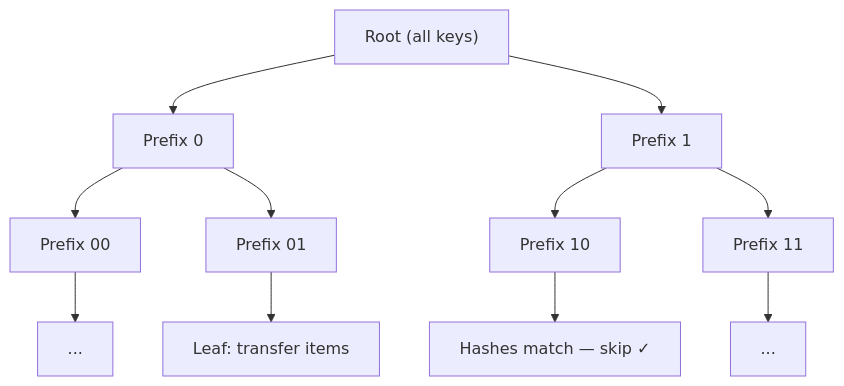
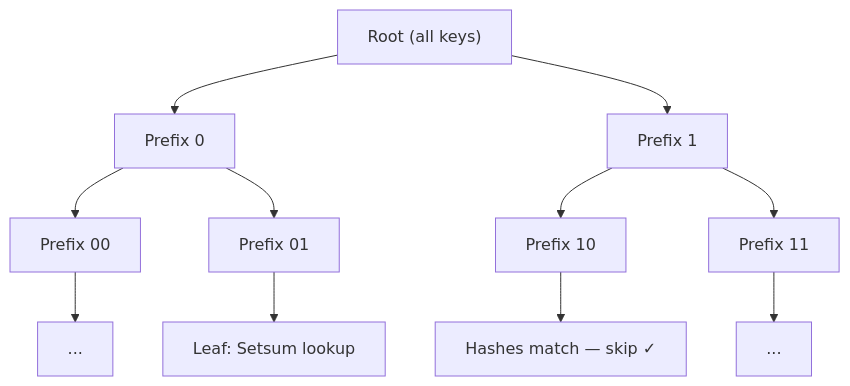
Before and after one commit to arj03/setsum-cs: the third of 7 diagrams in SetSum/Sync/README.md, drawn with Mermaid. The commit also changed other lines of this file, not shown here.

````diff
--- a/SetSum/Sync/README.md
+++ b/SetSum/Sync/README.md
@@ -87,13 +87,13 @@
 ```mermaid
 flowchart TD
     A["Root (all keys)"] --> B["Prefix 0"]
     A --> C["Prefix 1"]
     B --> D["Prefix 00"]
     B --> E["Prefix 01"]
     C --> F["Prefix 10"]
     C --> G["Prefix 11"]
     D --> H["..."]
-    E --> I["Leaf: transfer items"]
+    E --> I["Leaf: Setsum lookup"]
     F --> J["Hashes match — skip ✓"]
     G --> K["..."]
 ```
````
